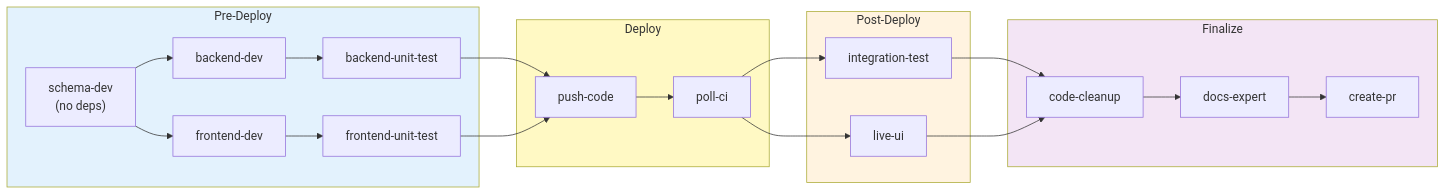
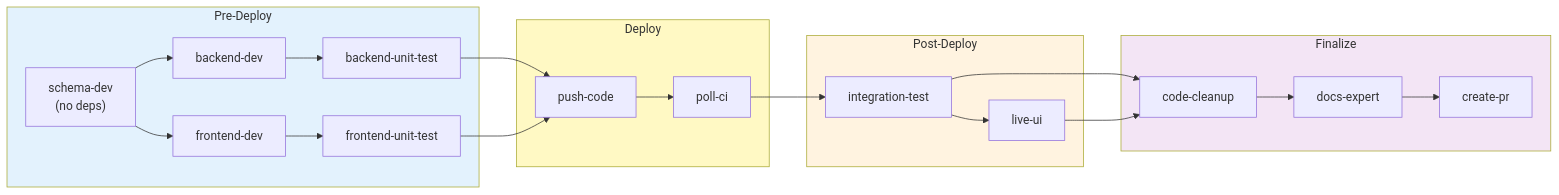
One commit to rkaliupin/DAGent changed the first of 7 diagrams in tools/autonomous-factory/docs/04-state-machine.md. Above: the diagram before and after it, drawn with Mermaid. The commit also changed other lines of this file and 65 other files, not shown here.

````diff
--- a/tools/autonomous-factory/docs/04-state-machine.md
+++ b/tools/autonomous-factory/docs/04-state-machine.md
@@ -11,40 +11,40 @@
 ```mermaid
 flowchart LR
     subgraph PRE["Pre-Deploy"]
         SD["schema-dev\n(no deps)"]
         BD["backend-dev"]
         FD["frontend-dev"]
         BUT["backend-unit-test"]
         FUT["frontend-unit-test"]
     end
 
     subgraph DEPLOY["Deploy"]
         PC["push-code"]
         PCI["poll-ci"]
     end
 
     subgraph POST["Post-Deploy"]
         IT["integration-test"]
-        LU["live-ui"]
+        IT --> LU["live-ui"]
     end
 
     subgraph FINAL["Finalize"]
         CC["code-cleanup"]
         DE["docs-expert"]
         PR["create-pr"]
     end
 
     SD --> BD & FD
     BD --> BUT
     FD --> FUT
     BUT & FUT --> PC
     PC --> PCI
-    PCI --> IT & LU
+    PCI --> IT
     IT & LU --> CC
     CC --> DE --> PR
 
     style PRE fill:#e3f2fd
     style DEPLOY fill:#fff9c4
     style POST fill:#fff3e0
     style FINAL fill:#f3e5f5
 ```
````
